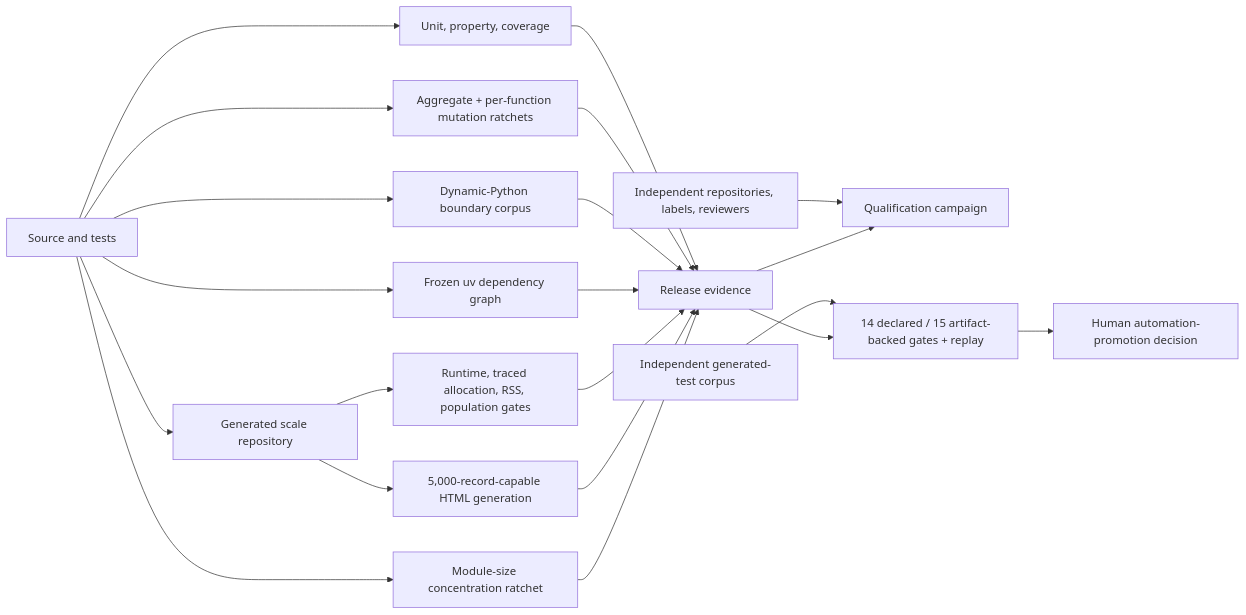
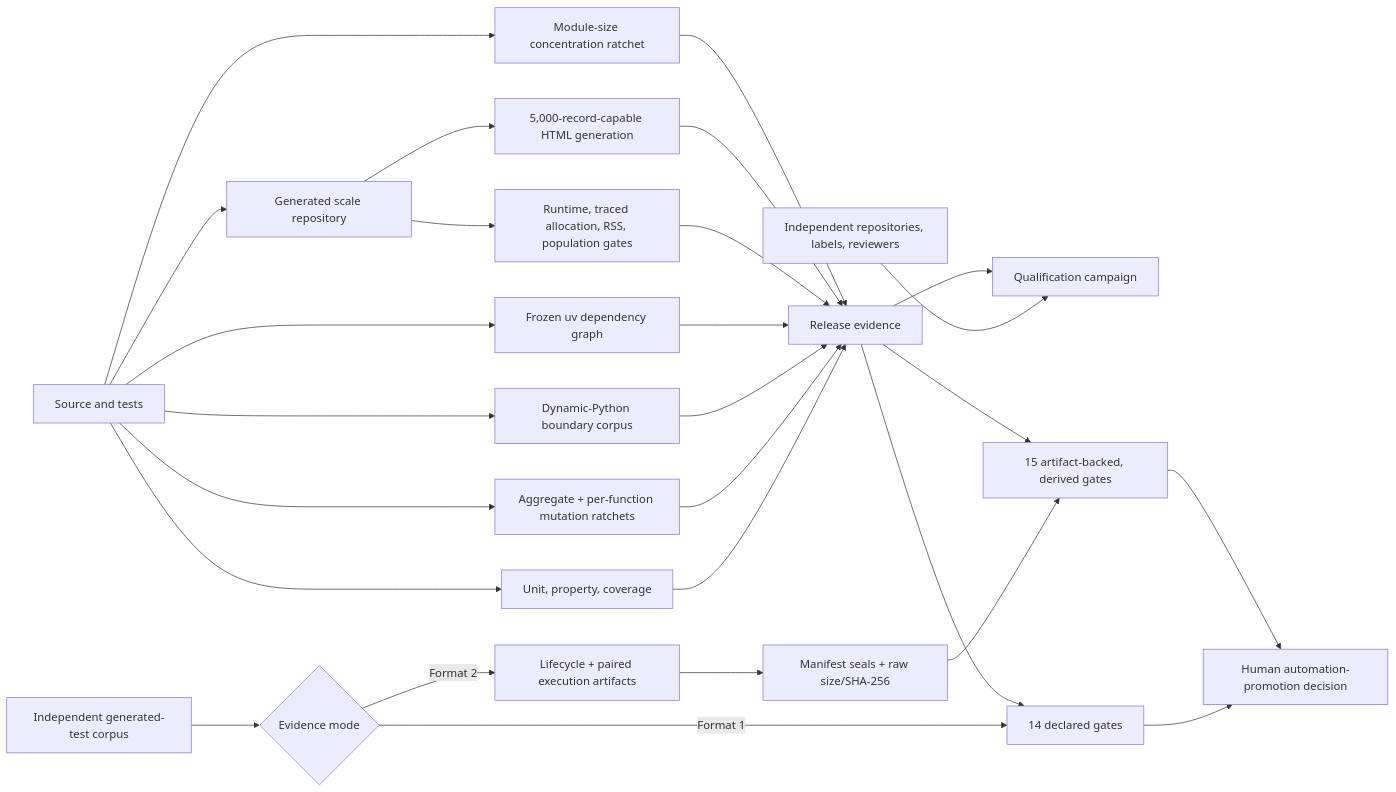
One commit to willtran87/project-py-sfmea changed the diagram in docs/QUALITY_GATES.md. Above: the diagram before and after it, drawn with Mermaid. The commit also changed 11 other files, not shown here.

Commit message:
Refresh generated-test documentation and diagrams

````diff
--- a/docs/QUALITY_GATES.md
+++ b/docs/QUALITY_GATES.md
@@ -7,23 +7,29 @@
 ```mermaid
 flowchart LR
   C["Source and tests"] --> U["Unit, property, coverage"]
   C --> M["Aggregate + per-function mutation ratchets"]
   C --> D["Dynamic-Python boundary corpus"]
   C --> L["Frozen uv dependency graph"]
   C --> S["Generated scale repository"]
   S --> P["Runtime, traced allocation, RSS, population gates"]
   S --> H["5,000-record-capable HTML generation"]
   C --> Z["Module-size concentration ratchet"]
   U --> R["Release evidence"]
   M --> R
   D --> R
   L --> R
   P --> R
   H --> R
   Z --> R
   X["Independent repositories, labels, reviewers"] --> Q["Qualification campaign"]
   R --> Q
-  G["Independent generated-test corpus"] --> T["14 declared / 15 artifact-backed gates + replay"]
-  R --> T
-  T --> A["Human automation-promotion decision"]
+  G["Independent generated-test corpus"] --> LMODE{"Evidence mode"}
+  LMODE -- "Format 1" --> L14["14 declared gates"]
+  LMODE -- "Format 2" --> LART["Lifecycle + paired execution artifacts"]
+  LART --> LRAW["Manifest seals + raw size/SHA-256"]
+  LRAW --> L15["15 artifact-backed, derived gates"]
+  R --> L14
+  R --> L15
+  L14 --> A["Human automation-promotion decision"]
+  L15 --> A
 ```
````
